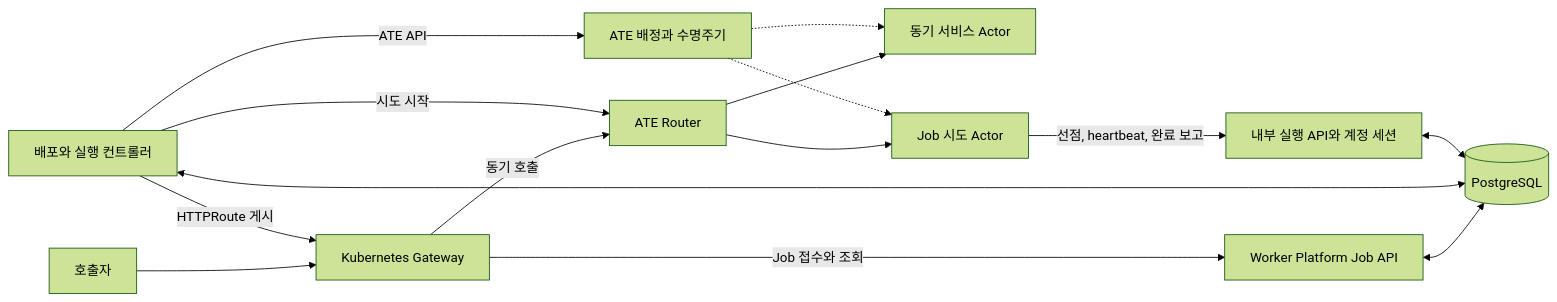
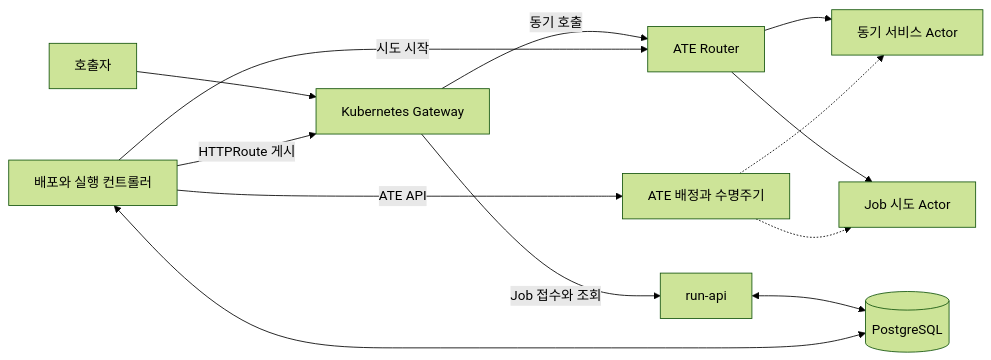
Before and after one commit to imprun/worker-platform: the first of 2 diagrams in docs/architecture.md, drawn with Mermaid (forest theme). The commit also changed other lines of this file and 27 other files, not shown here.

Commit message:
Run API 분리와 PostgreSQL 리비전 게시

````diff
--- a/docs/architecture.md
+++ b/docs/architecture.md
@@ -13,17 +13,15 @@
 ```mermaid
 flowchart LR
     Caller["호출자"] --> GW["Kubernetes Gateway"]
     GW -->|동기 호출| Router["ATE Router"]
-    GW -->|Job 접수와 조회| API["Worker Platform Job API"]
+    GW -->|Job 접수와 조회| API["run-api"]
     API <--> DB[("PostgreSQL")]
     Controller["배포와 실행 컨트롤러"] <--> DB
     Controller -->|ATE API| ATE["ATE 배정과 수명주기"]
     Controller -->|시도 시작| Router
     Router --> Serving["동기 서비스 Actor"]
     Router --> Attempt["Job 시도 Actor"]
     ATE -.-> Serving
     ATE -.-> Attempt
-    Attempt -->|선점, heartbeat, 완료 보고| Internal["내부 실행 API와 계정 세션"]
-    Internal <--> DB
     Controller -->|HTTPRoute 게시| GW
 ```
````
